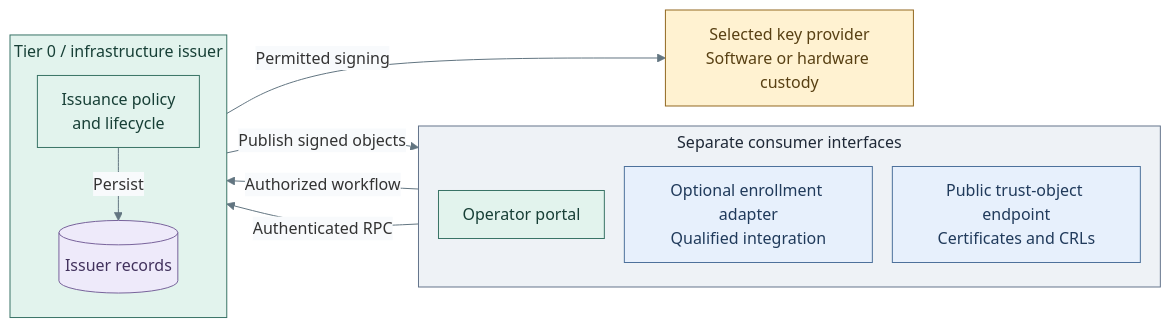
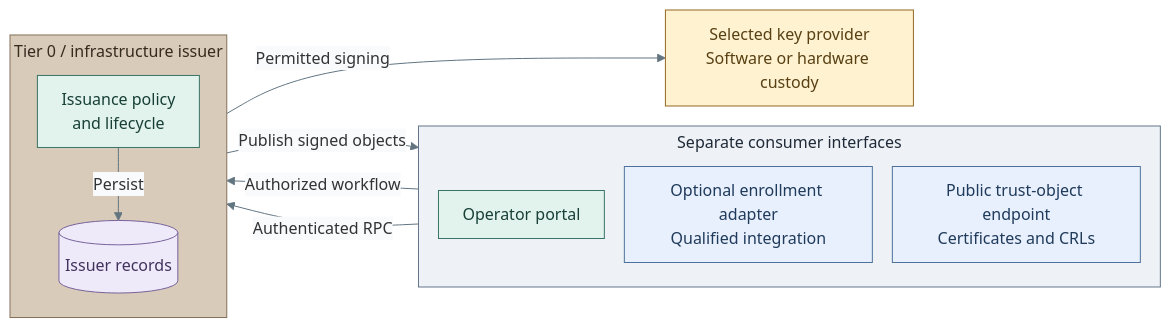
The second of 3 diagrams in docs/01-architecture/08-cryptography/01-certificate-authority.md (Rexus/homelab), drawn with Mermaid before and after one commit. The commit also changed other lines of this file and 108 other files, not shown here.

Commit message:
docs(diagrams): unify visual language and opening views

````diff
--- a/docs/01-architecture/08-cryptography/01-certificate-authority.md
+++ b/docs/01-architecture/08-cryptography/01-certificate-authority.md
@@ -82,31 +84,33 @@
 ```mermaid
 %%{init: {"theme":"base","flowchart":{"nodeSpacing":20,"rankSpacing":24,"padding":12,"subGraphTitleMargin":{"top":4,"bottom":12}},"themeVariables":{"lineColor":"#627581","edgeLabelBackground":"#f8fafc"}}}%%
 flowchart LR
   subgraph Access["Separate consumer interfaces"]
     direction TB
     Portal["Operator portal"]
     Bridge["Optional enrollment adapter<br/>Qualified integration"]
     Publication["Public trust-object endpoint<br/>Certificates and CRLs"]
   end
   subgraph Authority["Tier 0 / infrastructure issuer"]
     direction TB
     Issuer["Issuance policy<br/>and lifecycle"]
     Records[("Issuer records")]
     Issuer -->|Persist| Records
   end
   Portal -->|Authorized workflow| Issuer
   Bridge -->|Authenticated RPC| Issuer
   Issuer -->|Publish signed objects| Publication
   Issuer -->|Permitted signing| Keys["Selected key provider<br/>Software or hardware custody"]
   classDef default fill:#f8fafc,stroke:#64748b,color:#1f2937
   classDef control fill:#e2f3ed,stroke:#397366,color:#173f36
   classDef services fill:#e7f0fc,stroke:#4d719b,color:#203a5b
   classDef custody fill:#fff2d1,stroke:#926820,color:#584013
   classDef boundary fill:#eef2f6,stroke:#64748b,color:#1f2937
   classDef data fill:#eeeafa,stroke:#78639b,color:#42325d
+  classDef tier0 fill:#d8cbb9,stroke:#83715a,color:#352a1e
   class Access boundary
-  class Authority,Portal,Issuer control
+  class Authority tier0
+  class Portal,Issuer control
   class Bridge,Publication services
   class Keys custody
   class Records data
 ```
````
